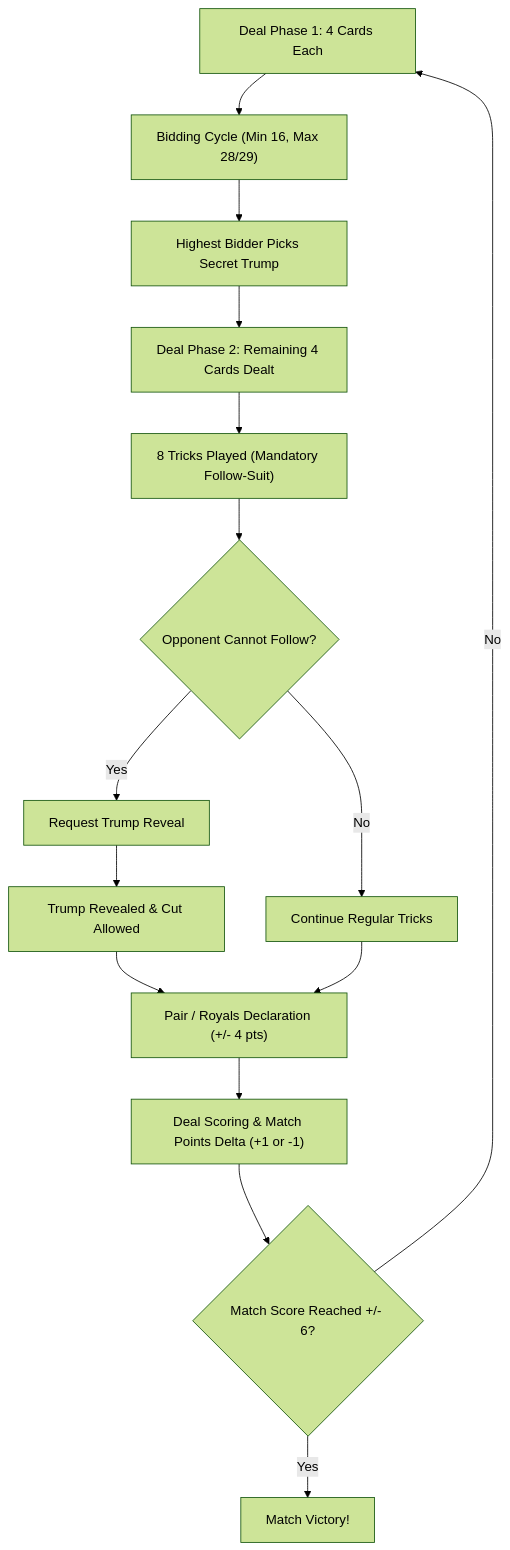
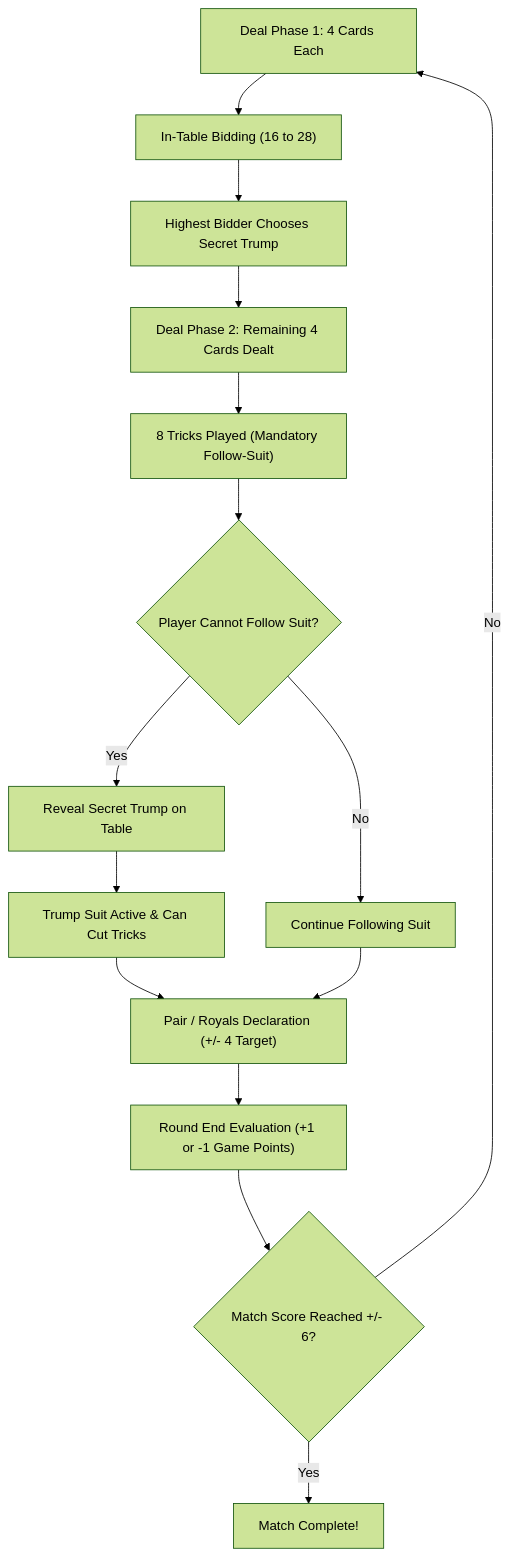
One commit to K-692/The-29-Game changed the diagram in README.md. Above: the diagram before and after it, drawn with Mermaid (forest theme). The commit also changed other lines of this file and 123 other files, not shown here.

Commit message:
feat: complete LAN multiplayer, original EPS card artwork, in-table gameplay and automatic CPU management

````diff
--- a/README.md
+++ b/README.md
@@ -76,17 +88,17 @@
 ```mermaid
 flowchart TD
-    A["Deal Phase 1: 4 Cards Each"] --> B["Bidding Cycle (Min 16, Max 28/29)"]
-    B --> C["Highest Bidder Picks Secret Trump"]
+    A["Deal Phase 1: 4 Cards Each"] --> B["In-Table Bidding (16 to 28)"]
+    B --> C["Highest Bidder Chooses Secret Trump"]
     C --> D["Deal Phase 2: Remaining 4 Cards Dealt"]
     D --> E["8 Tricks Played (Mandatory Follow-Suit)"]
-    E --> F{"Opponent Cannot Follow?"}
-    F -- "Yes" --> G["Request Trump Reveal"]
-    G --> H["Trump Revealed & Cut Allowed"]
-    F -- "No" --> I["Continue Regular Tricks"]
-    H --> J["Pair / Royals Declaration (+/- 4 pts)"]
+    E --> F{"Player Cannot Follow Suit?"}
+    F -- "Yes" --> G["Reveal Secret Trump on Table"]
+    G --> H["Trump Suit Active & Can Cut Tricks"]
+    F -- "No" --> I["Continue Following Suit"]
+    H --> J["Pair / Royals Declaration (+/- 4 Target)"]
     I --> J
-    J --> K["Deal Scoring & Match Points Delta (+1 or -1)"]
+    J --> K["Round End Evaluation (+1 or -1 Game Points)"]
     K --> L{"Match Score Reached +/- 6?"}
     L -- "No" --> A
-    L -- "Yes" --> M["Match Victory!"]
+    L -- "Yes" --> M["Match Complete!"]
 ```
````
